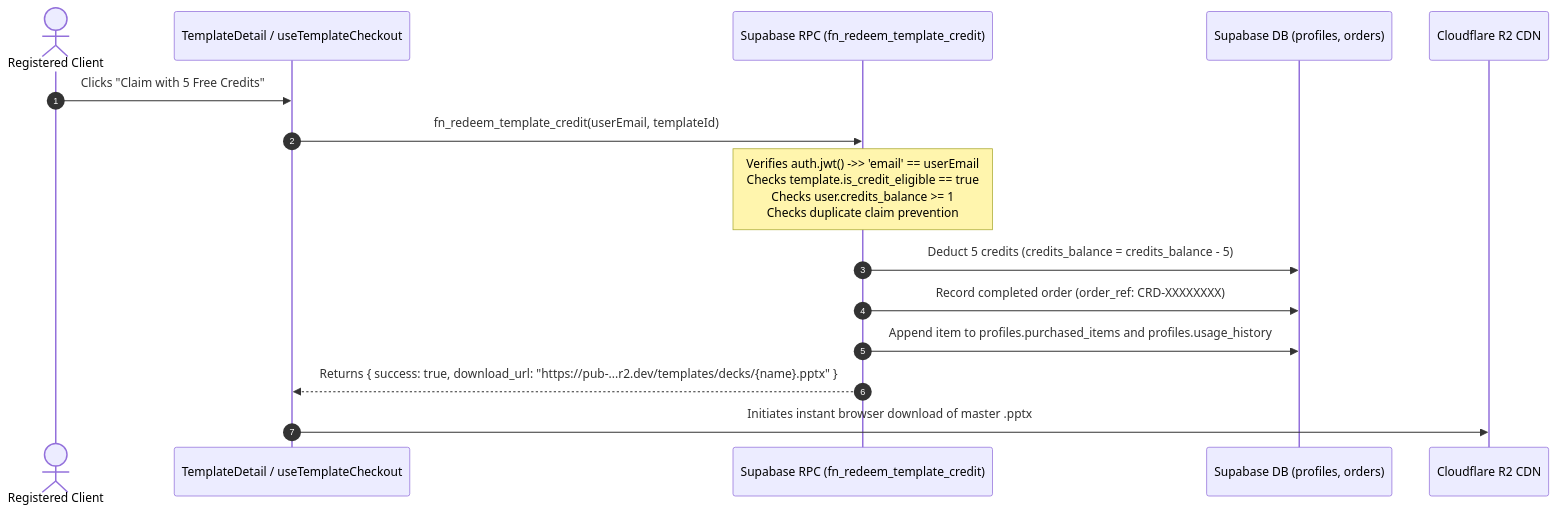
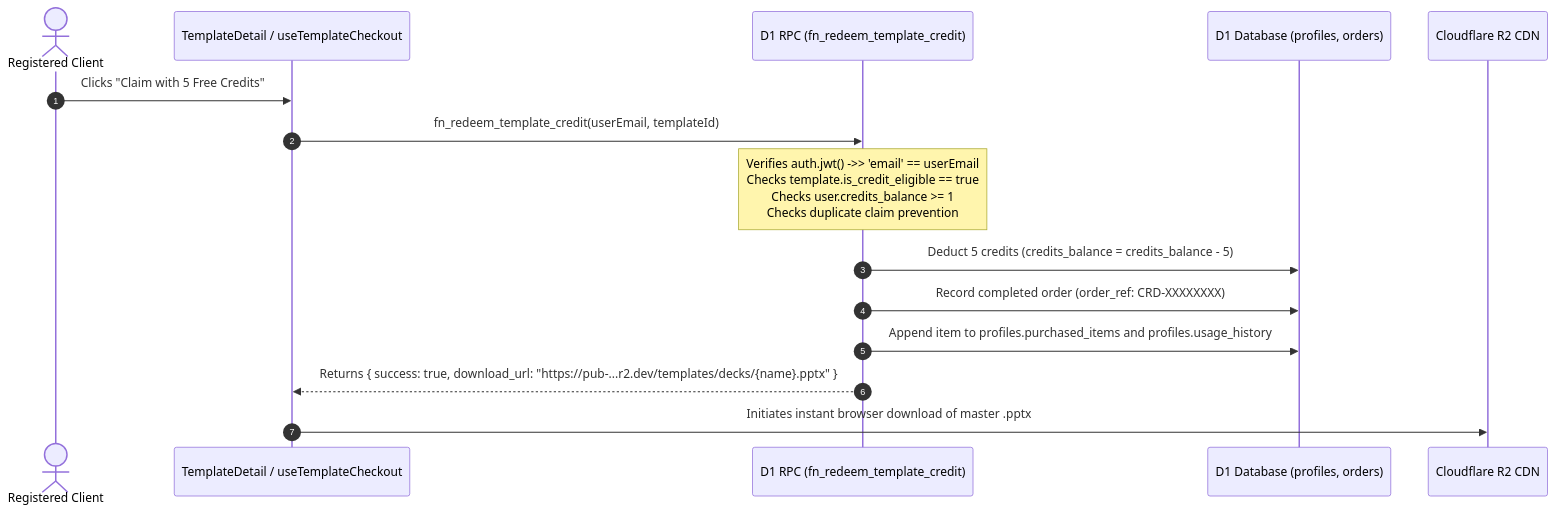
The third of 5 diagrams in architecture.md (theslidebee-afk/slidebee), drawn with Mermaid before and after one commit. The commit also changed other lines of this file and 103 other files, not shown here.

````diff
--- a/architecture.md
+++ b/architecture.md
@@ -106,18 +106,18 @@
 ```mermaid
 sequenceDiagram
     autonumber
     actor Client as Registered Client
     participant UI as TemplateDetail / useTemplateCheckout
-    participant RPC as Supabase RPC (fn_redeem_template_credit)
-    participant DB as Supabase DB (profiles, orders)
+    participant RPC as D1 RPC (fn_redeem_template_credit)
+    participant DB as D1 Database (profiles, orders)
     participant R2 as Cloudflare R2 CDN
 
     Client->>UI: Clicks "Claim with 5 Free Credits"
     UI->>RPC: fn_redeem_template_credit(userEmail, templateId)
     Note over RPC: Verifies auth.jwt() ->> 'email' == userEmail<br/>Checks template.is_credit_eligible == true<br/>Checks user.credits_balance >= 1<br/>Checks duplicate claim prevention
     RPC->>DB: Deduct 5 credits (credits_balance = credits_balance - 5)
     RPC->>DB: Record completed order (order_ref: CRD-XXXXXXXX)
     RPC->>DB: Append item to profiles.purchased_items and profiles.usage_history
     RPC-->>UI: Returns { success: true, download_url: "https://pub-...r2.dev/templates/decks/{name}.pptx" }
     UI->>R2: Initiates instant browser download of master .pptx
 ```
````
